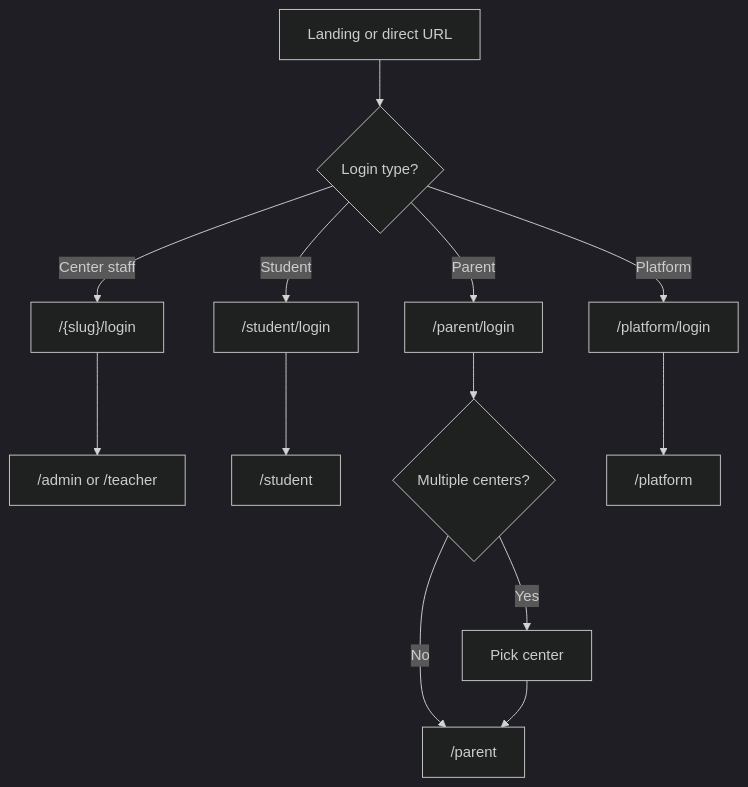
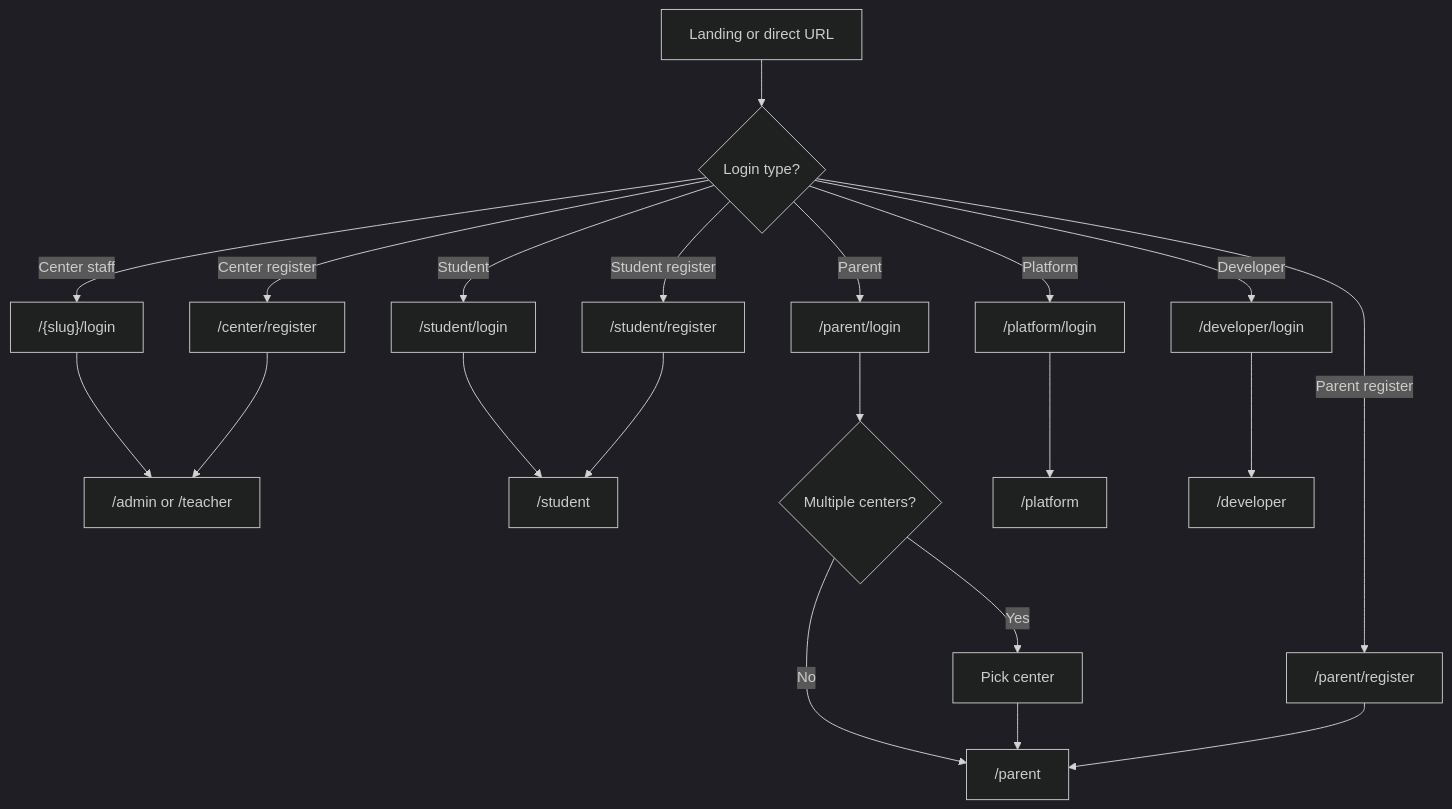
One commit to KareemShaban1/edu_center changed the diagram in public/docs/08-ui-ux.md. Above: the diagram before and after it, drawn with Mermaid (dark theme). The commit also changed other lines of this file and 110 other files, not shown here.

````diff
--- a/public/docs/08-ui-ux.md
+++ b/public/docs/08-ui-ux.md
@@ -121,15 +130,23 @@
 ```mermaid
 flowchart TD
   Start[Landing or direct URL] --> LoginType{Login type?}
   LoginType -->|Center staff| CL["/{slug}/login"]
   LoginType -->|Student| SL["/student/login"]
   LoginType -->|Parent| PL["/parent/login"]
   LoginType -->|Platform| PFL["/platform/login"]
+  LoginType -->|Developer| DL["/developer/login"]
+  LoginType -->|Center register| CR["/center/register"]
+  LoginType -->|Student register| SR["/student/register"]
+  LoginType -->|Parent register| PR["/parent/register"]
   CL --> DashA["/admin or /teacher"]
   SL --> DashS["/student"]
   PL --> Multi{Multiple centers?}
   Multi -->|Yes| Pick[Pick center]
   Multi -->|No| DashP["/parent"]
   Pick --> DashP
   PFL --> DashPl["/platform"]
+  DL --> DashDev["/developer"]
+  CR --> DashA
+  SR --> DashS
+  PR --> DashP
 ```
````
